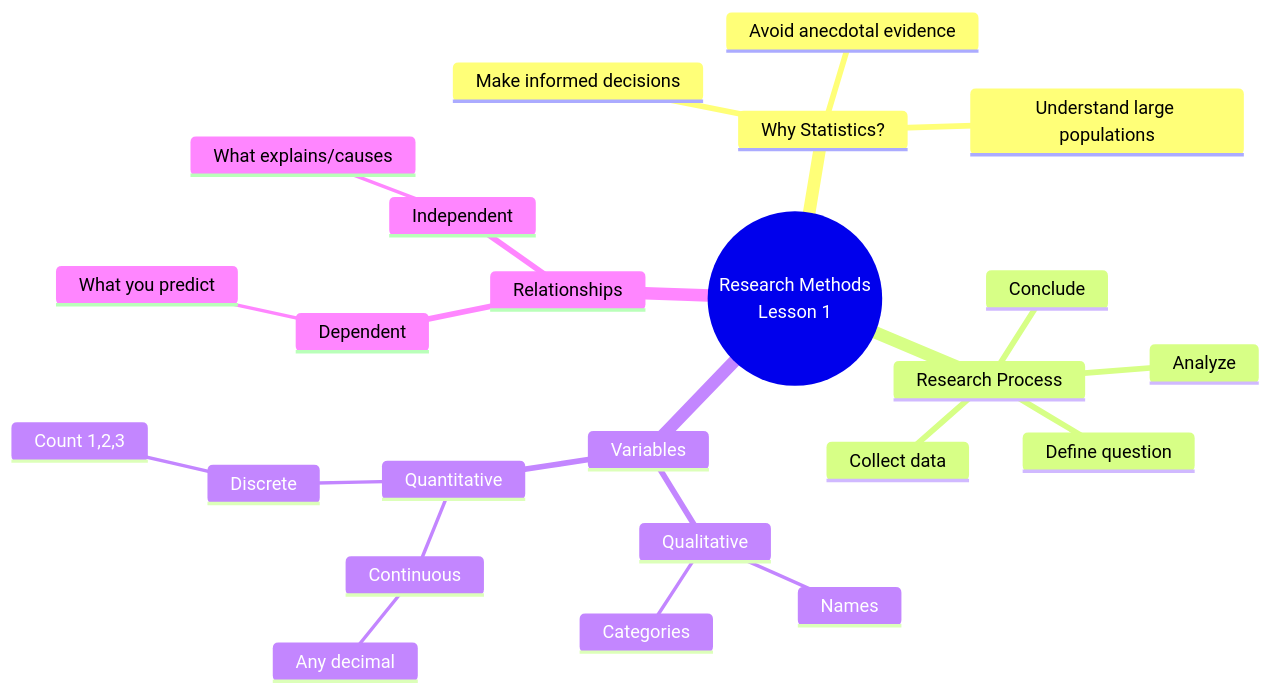
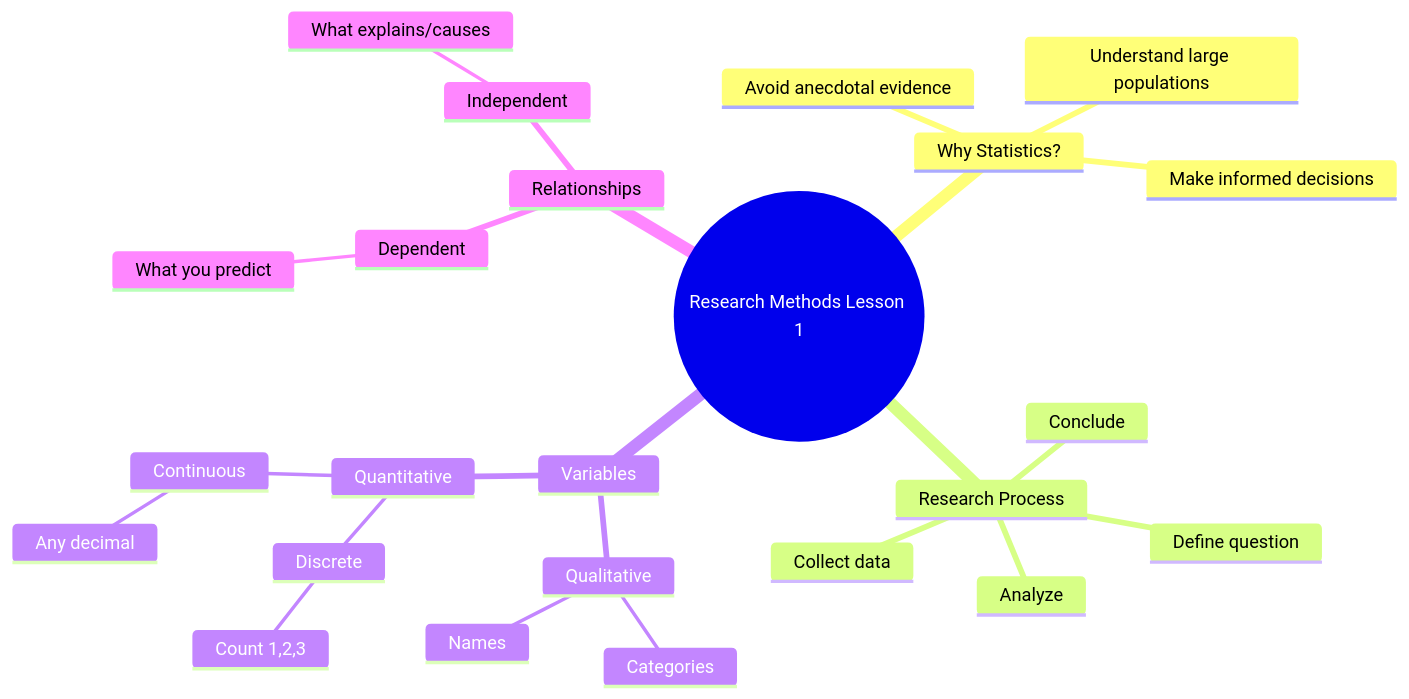
One commit to daxxac/mba-notes changed the sixth of 6 diagrams in docs/research-methods/lecture-01.md. Above: the diagram before and after it, drawn with Mermaid. The commit also changed other lines of this file and 4 other files, not shown here.

First line of the commit message:
Fix Mermaid diagram parsing errors: replace <br/> with spaces

````diff
--- a/docs/research-methods/lecture-01.md
+++ b/docs/research-methods/lecture-01.md
@@ -307,27 +307,27 @@
 ```mermaid
 mindmap
-  root((Research Methods<br/>Lesson 1))
+  root((Research Methods Lesson 1))
     Why Statistics?
       Avoid anecdotal evidence
       Make informed decisions
       Understand large populations
     Research Process
       Define question
       Collect data
       Analyze
       Conclude
     Variables
       Qualitative
         Categories
         Names
       Quantitative
         Discrete
           Count 1,2,3
         Continuous
           Any decimal
     Relationships
       Dependent
         What you predict
       Independent
         What explains/causes
 ```
````
